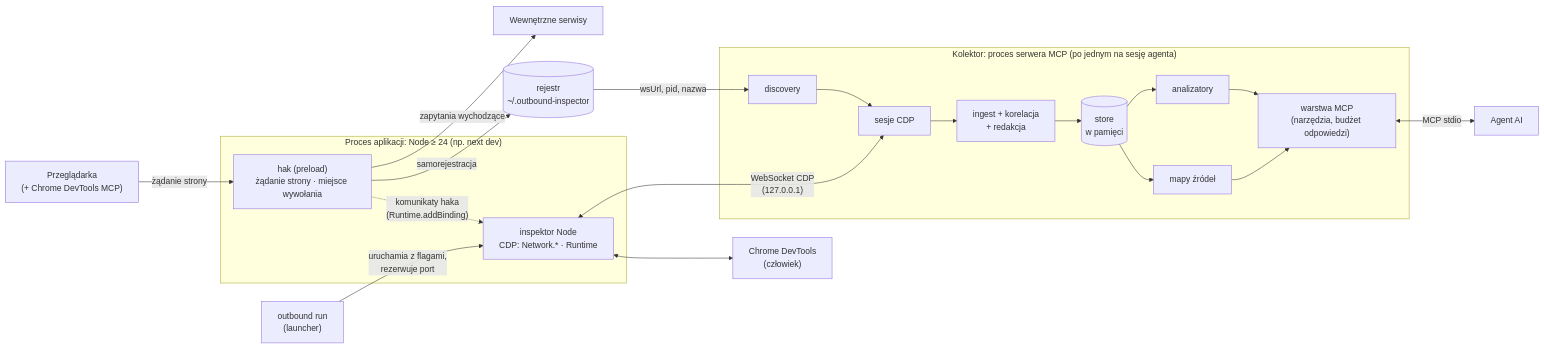
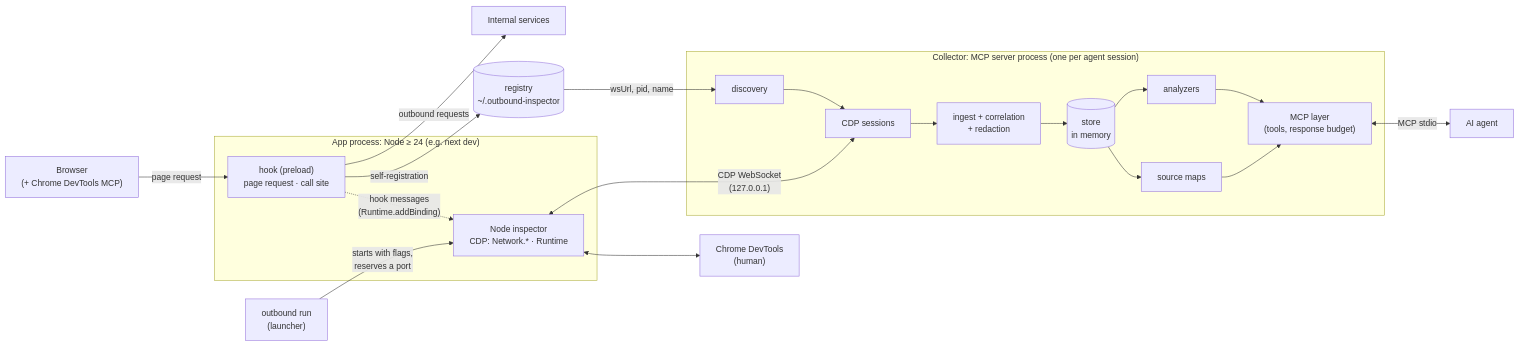
The first of 3 diagrams in docs/architecture.md (jakubprill/node-outbound-inspector), drawn with Mermaid before and after one commit. The commit also changed other lines of this file and 36 other files, not shown here.

First line of the commit message:
Documentation in English: CHANGELOG, ADRs (renamed to English slugs), architecture, security audit, Next MCP comparison, reports

````diff
--- a/docs/architecture.md
+++ b/docs/architecture.md
@@ -86,31 +86,31 @@
 ```mermaid
 flowchart LR
-  B["Przeglądarka<br/>(+ Chrome DevTools MCP)"]
-  SV["Wewnętrzne serwisy"]
-  subgraph APP["Proces aplikacji: Node ≥ 24 (np. next dev)"]
-    H["hak (preload)<br/>żądanie strony · miejsce wywołania"]
-    I["inspektor Node<br/>CDP: Network.* · Runtime"]
+  B["Browser<br/>(+ Chrome DevTools MCP)"]
+  SV["Internal services"]
+  subgraph APP["App process: Node ≥ 24 (e.g. next dev)"]
+    H["hook (preload)<br/>page request · call site"]
+    I["Node inspector<br/>CDP: Network.* · Runtime"]
   end
   L["outbound run<br/>(launcher)"]
-  R[("rejestr<br/>~/.outbound-inspector")]
-  subgraph COL["Kolektor: proces serwera MCP (po jednym na sesję agenta)"]
-    D["discovery"] --> S["sesje CDP"]
-    S --> G["ingest + korelacja<br/>+ redakcja"]
-    G --> ST[("store<br/>w pamięci")]
-    ST --> AN["analizatory"]
-    ST --> SM["mapy źródeł"]
-    AN --> M["warstwa MCP<br/>(narzędzia, budżet odpowiedzi)"]
+  R[("registry<br/>~/.outbound-inspector")]
+  subgraph COL["Collector: MCP server process (one per agent session)"]
+    D["discovery"] --> S["CDP sessions"]
+    S --> G["ingest + correlation<br/>+ redaction"]
+    G --> ST[("store<br/>in memory")]
+    ST --> AN["analyzers"]
+    ST --> SM["source maps"]
+    AN --> M["MCP layer<br/>(tools, response budget)"]
     SM --> M
   end
-  A["Agent AI"]
-  CD["Chrome DevTools<br/>(człowiek)"]
-  B -->|"żądanie strony"| H
-  H -->|"zapytania wychodzące"| SV
-  L -->|"uruchamia z flagami,<br/>rezerwuje port"| I
-  H -->|"samorejestracja"| R
-  R -->|"wsUrl, pid, nazwa"| D
-  I <-->|"WebSocket CDP<br/>(127.0.0.1)"| S
-  H -.->|"komunikaty haka<br/>(Runtime.addBinding)"| I
+  A["AI agent"]
+  CD["Chrome DevTools<br/>(human)"]
+  B -->|"page request"| H
+  H -->|"outbound requests"| SV
+  L -->|"starts with flags,<br/>reserves a port"| I
+  H -->|"self-registration"| R
+  R -->|"wsUrl, pid, name"| D
+  I <-->|"CDP WebSocket<br/>(127.0.0.1)"| S
+  H -.->|"hook messages<br/>(Runtime.addBinding)"| I
   I <--> CD
   M <-->|"MCP stdio"| A
 ```
````
